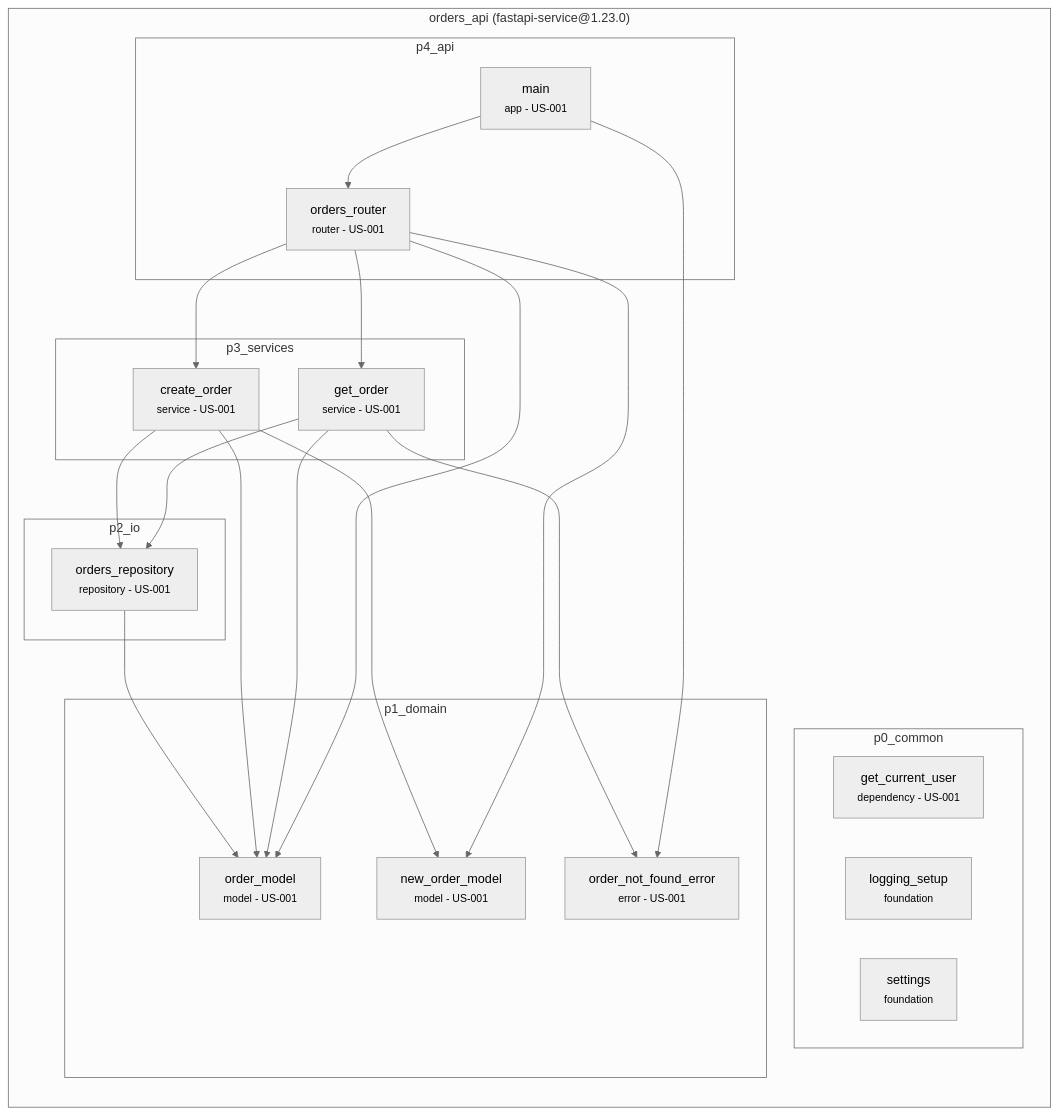
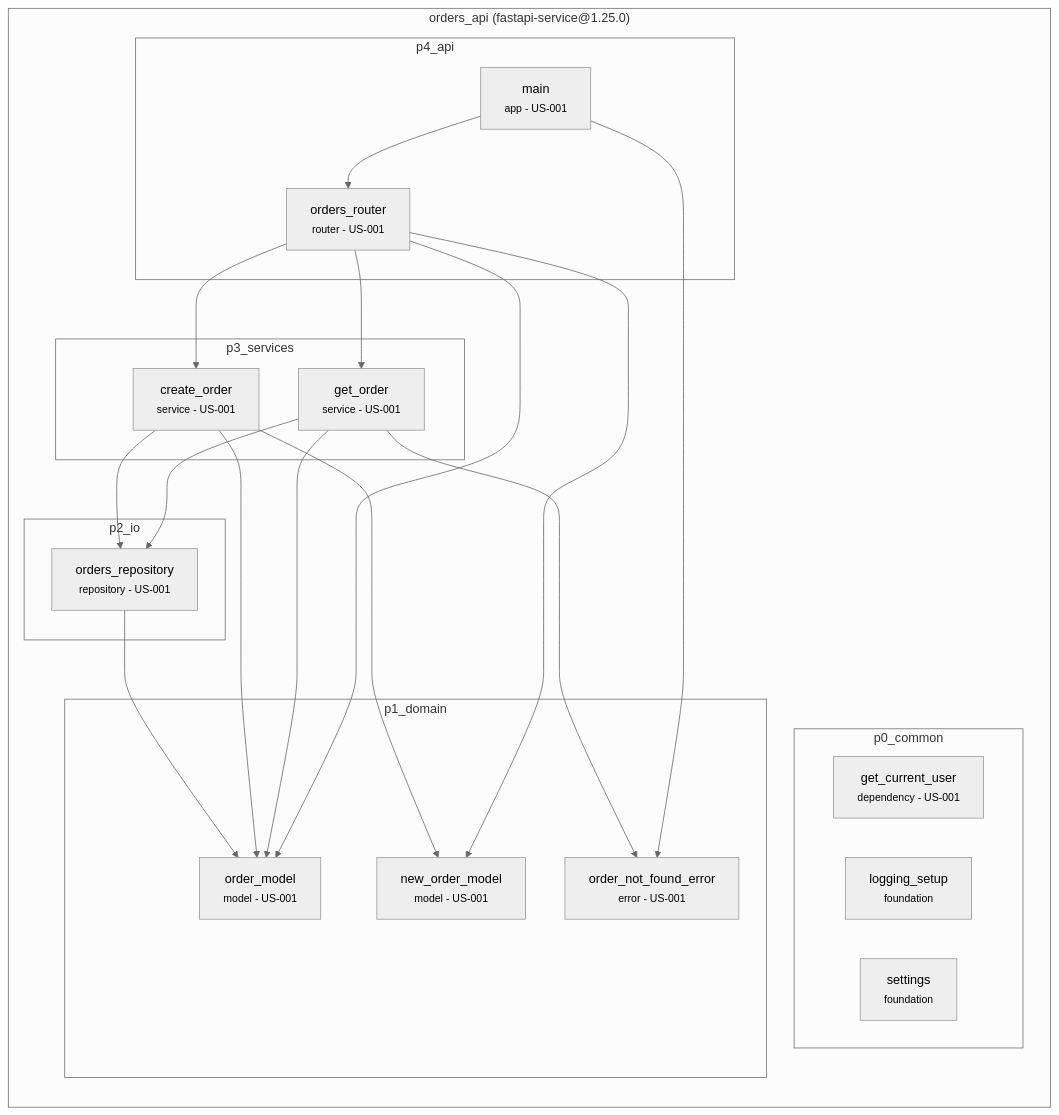
One commit to archvow/archvow-plugin changed the diagram in contract/archvow/examples/fastapi-service/.archvow/spec.md. Above: the diagram before and after it, drawn with Mermaid (neutral theme). The commit also changed 126 other files, not shown here.

````diff
--- a/contract/archvow/examples/fastapi-service/.archvow/spec.md
+++ b/contract/archvow/examples/fastapi-service/.archvow/spec.md
@@ -11,41 +11,41 @@
 ```mermaid
 flowchart TB
-  subgraph orders_api["orders_api (fastapi-service@1.23.0)"]
+  subgraph orders_api["orders_api (fastapi-service@1.25.0)"]
     direction TB
     subgraph orders_api__p0_common["p0_common"]
       orders_api__get_current_user["get_current_user<br/><small>dependency - US-001</small>"]
       orders_api__logging_setup["logging_setup<br/><small>foundation</small>"]
       orders_api__settings["settings<br/><small>foundation</small>"]
     end
     subgraph orders_api__p1_domain["p1_domain"]
       orders_api__new_order_model["new_order_model<br/><small>model - US-001</small>"]
       orders_api__order_model["order_model<br/><small>model - US-001</small>"]
       orders_api__order_not_found_error["order_not_found_error<br/><small>error - US-001</small>"]
     end
     subgraph orders_api__p2_io["p2_io"]
       orders_api__orders_repository["orders_repository<br/><small>repository - US-001</small>"]
     end
     subgraph orders_api__p3_services["p3_services"]
       orders_api__create_order["create_order<br/><small>service - US-001</small>"]
       orders_api__get_order["get_order<br/><small>service - US-001</small>"]
     end
     subgraph orders_api__p4_api["p4_api"]
       orders_api__main["main<br/><small>app - US-001</small>"]
       orders_api__orders_router["orders_router<br/><small>router - US-001</small>"]
     end
   end
   orders_api__orders_repository --> orders_api__order_model
   orders_api__create_order --> orders_api__order_model
   orders_api__create_order --> orders_api__new_order_model
   orders_api__create_order --> orders_api__orders_repository
   orders_api__get_order --> orders_api__order_model
   orders_api__get_order --> orders_api__order_not_found_error
   orders_api__get_order --> orders_api__orders_repository
   orders_api__main --> orders_api__orders_router
   orders_api__main --> orders_api__order_not_found_error
   orders_api__orders_router --> orders_api__create_order
   orders_api__orders_router --> orders_api__get_order
   orders_api__orders_router --> orders_api__order_model
   orders_api__orders_router --> orders_api__new_order_model
   classDef empty fill:none,stroke:none
 ```
````
